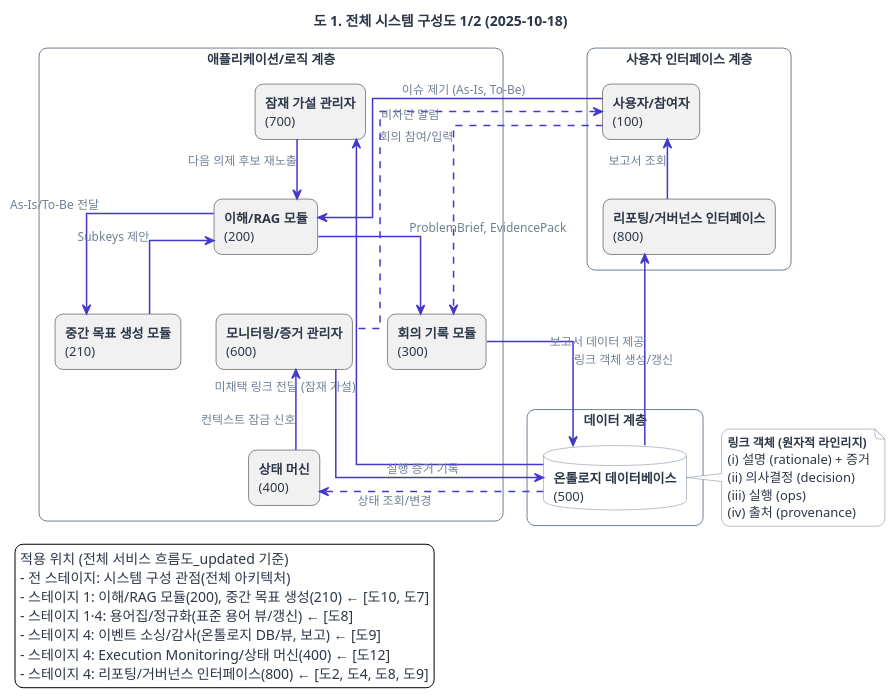
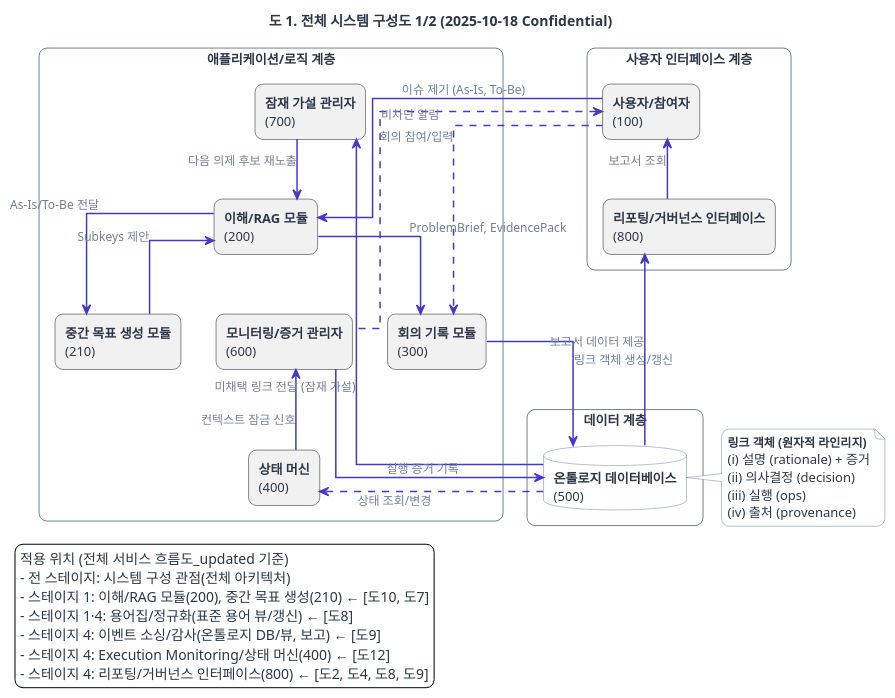
The diagram in diagrams/1_system_architecture_p1.puml (hamnYK/worflogyTemp), drawn with PlantUML before and after one commit. The commit also changed 13 other files, not shown here.

```diff
--- a/diagrams/1_system_architecture_p1.puml
+++ b/diagrams/1_system_architecture_p1.puml
@@ -1,162 +1,159 @@
 @startuml
 
-' Set the main direction to vertical
-top to bottom direction
-
-title 도 1. 전체 시스템 구성도 1/2 (2025-10-18)
+title 도 1. 전체 시스템 구성도 1/2 (2025-10-18 Confidential)
 
 '================================================================
 ' Worflogy.com Website Theme for PlantUML
 '================================================================
 
 '// 1. 전역 스타일 (Global Style & Fonts) //
 skinparam backgroundColor #ffffff
 skinparam defaultFontName "Pretendard"
 skinparam defaultFontSize 13
 skinparam defaultFontColor #2D3748
 skinparam shadowing false
 skinparam roundCorner 16
 
 '// 2. 화살표 및 연결선 스타일 (Arrow & Connector Style) //
 skinparam ArrowColor #718096
 skinparam ArrowThickness 1.5
 skinparam ArrowFontColor #718096
 skinparam ArrowFontSize 12
 skinparam linetype ortho
 
 '// 3. 기본 요소 스타일 (Standard Elements Style) //
 skinparam card {
   BackgroundColor #ffffff
   BorderColor #718096
 }
 skinparam note {
   BackgroundColor #ffffff
   BorderColor #718096
   FontColor #2D3748
 }
 skinparam component {
   BackgroundColor #ffffff
   BorderColor #718096
 }
 skinparam package {
   BackgroundColor #ffffff
   BorderColor #718096
 }
 skinparam database {
   BackgroundColor #ffffff
   BorderColor #718096
 }
 ' [추가] 파티션(Partition) 스타일 정의
 skinparam partition {
   BackgroundColor #F4F6F8 ' 웹사이트의 연한 배경색으로 구분감 부여
   BorderColor #718096
   FontColor #2D3748
 }
 
 '// 4. 강조 요소 스타일 (Accent Elements Style) //
 skinparam actor {
   BackgroundColor #4338CA
   BorderColor #4338CA
   FontColor #ffffff
 }
 skinparam participant {
   BackgroundColor #4338CA
   BorderColor #4338CA
   FontColor #ffffff
 }
 skinparam usecase {
   BackgroundColor #ffffff
   BorderColor #4338CA
   ArrowColor #4338CA
 }
 skinparam activity {
   BackgroundColor #ffffff
   BorderColor #4338CA
   FontColor #2D3748
 }
 
 '// 5. 클래스 다이어그램 스타일 (Class Diagram Style) //
 skinparam class {
   BackgroundColor #ffffff
   BorderColor #718096 ' [수정] 테두리 색상 변경
   HeaderBackgroundColor #4338CA
   FontColor #ffffff
   AttributeFontColor #2D3748
   AttributeFontSize 12
 }
 
 '================================================================
 
 ' Layout & Components
 rectangle "사용자 인터페이스 계층" {
   rectangle "<b>사용자/참여자</b>\n(100)" as User
   rectangle "<b>리포팅/거버넌스 인터페이스</b>\n(800)" as RPT
   User -[hidden]right- RPT
 }
 
 rectangle "애플리케이션/로직 계층" {
   rectangle "<b>잠재 가설 관리자</b>\n(700)" as WS
   rectangle "<b>이해/RAG 모듈</b>\n(200)" as RAG
   rectangle "<b>중간 목표 생성 모듈</b>\n(210)" as SubkeyGen
   rectangle "<b>회의 기록 모듈</b>\n(300)" as MTG
   rectangle "<b>상태 머신</b>\n(400)" as SM
   rectangle "<b>모니터링/증거 관리자</b>\n(600)" as MON
 
 ' Use hidden links to create a grid layout
   WS -[hidden]right- RAG
   RAG -[hidden]right- SubkeyGen
   MTG -[hidden]right- MON
   MON -[hidden]right- SM
   WS -[hidden]down- MTG
 }
 
 rectangle "데이터 계층" {
     database "<b>온톨로지 데이터베이스</b>\n(500)" as DB
 }
 
 ' Data Flow (Manually re-routed for clarity)
 '--- Primary Input & Creation Flow ---
 User -down-> RAG: 이슈 제기 (As-Is, To-Be)
 RAG -right-> SubkeyGen: As-Is/To-Be 전달
 SubkeyGen -down-> RAG: Subkeys 제안
 RAG -down-> MTG: ProblemBrief, EvidencePack
 User -[dashed]down-> MTG: 회의 참여/입력
 MTG -down-> DB: 링크 객체 생성/갱신
 
 '--- Feedback Loop (Left side) ---
 DB -left-> WS: 미채택 링크 전달 (잠재 가설)
 WS -down-> RAG: 다음 의제 후보 재노출
 
 '--- Reporting Loop (Far Left side) ---
 DB -left-> RPT: 보고서 데이터 제공
 RPT -up-> User: 보고서 조회
 
 '--- Governance & Monitoring Loop (Right side) ---
 DB -[dashed]right-> SM: 상태 조회/변경
 SM -down-> MON: 컨텍스트 잠금 신호
 MON -down-> DB: 실행 증거 기록
 
 '--- Notification (Routed cleanly) ---
 MON -[dashed]up-> User: 비차단 알림
 
 note as N1
   <b><size:12>링크 객체 (원자적 라인리지)</size></b>
   (i) 설명 (rationale) + 증거
   (ii) 의사결정 (decision)
   (iii) 실행 (ops)
   (iv) 출처 (provenance)
 endnote
 
 DB -[hidden]right- N1
 
 legend left
 적용 위치 (전체 서비스 흐름도_updated 기준)
 - 전 스테이지: 시스템 구성 관점(전체 아키텍처)
 - 스테이지 1: 이해/RAG 모듈(200), 중간 목표 생성(210) ← [도10, 도7]
 - 스테이지 1·4: 용어집/정규화(표준 용어 뷰/갱신) ← [도8]
 - 스테이지 4: 이벤트 소싱/감사(온톨로지 DB/뷰, 보고) ← [도9]
 - 스테이지 4: Execution Monitoring/상태 머신(400) ← [도12]
 - 스테이지 4: 리포팅/거버넌스 인터페이스(800) ← [도2, 도4, 도8, 도9]
 end legend
 
 @enduml
```
